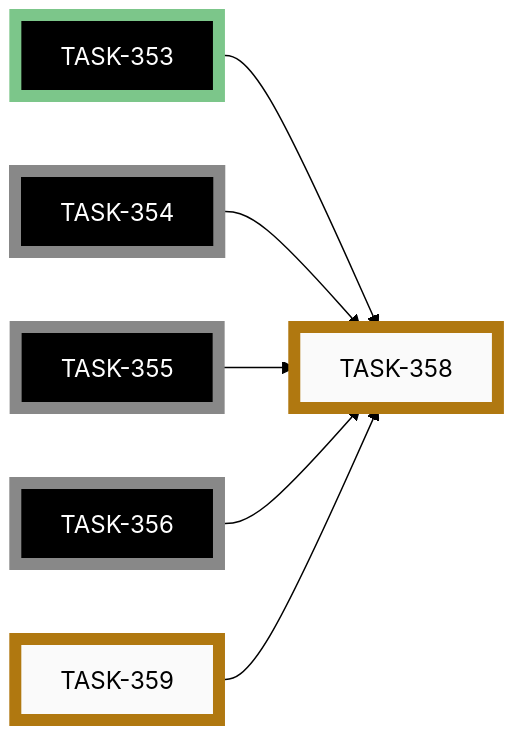
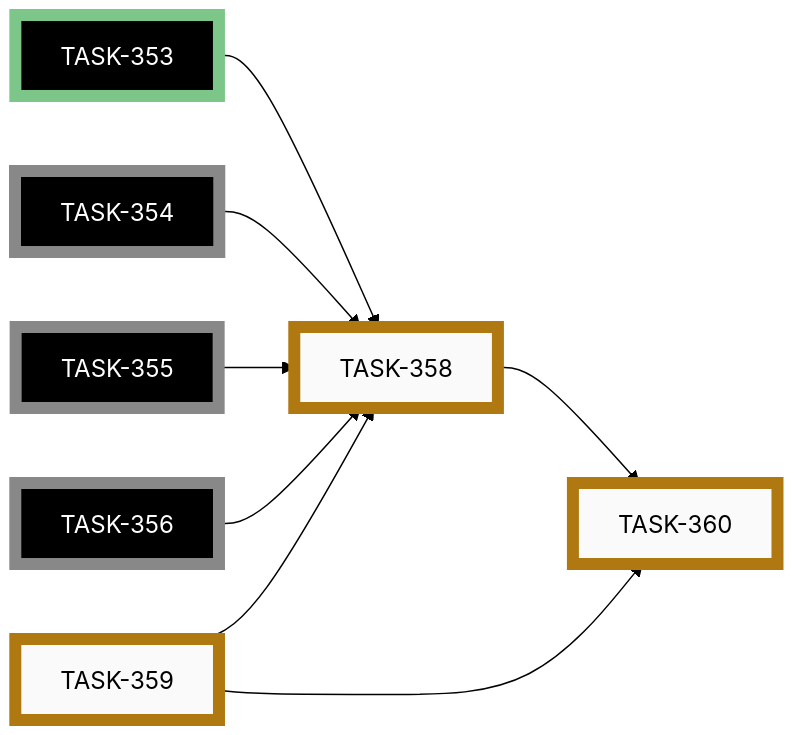
The tenth of 11 diagrams in docs/developers/tasks/EPICS.md (tgd1975/AwesomeStudioPedal), drawn with Mermaid (forest theme) before and after one commit. The commit also changed other lines of this file and 6 other files, not shown here.

First line of the commit message:
docs(EPIC-023/025): clean stale nRF52840 refs in TASK-354/355/356, add TASK-360 parity audit

````diff
--- a/docs/developers/tasks/EPICS.md
+++ b/docs/developers/tasks/EPICS.md
@@ -419,28 +419,32 @@
 ```mermaid
 graph LR
     TASK_358["TASK-358"]:::paused
     TASK_359["TASK-359"]:::paused
+    TASK_360["TASK-360"]:::paused
     TASK_353["TASK-353"]:::closedExt
     TASK_354["TASK-354"]:::openExt
     TASK_355["TASK-355"]:::openExt
     TASK_356["TASK-356"]:::openExt
     TASK_353 --> TASK_358
     TASK_354 --> TASK_358
     TASK_355 --> TASK_358
     TASK_356 --> TASK_358
     TASK_359 --> TASK_358
+    TASK_358 --> TASK_360
+    TASK_359 --> TASK_360
     click TASK_358 "open/task-358-nrf52840-ble-readback-surfaces.md"
     click TASK_359 "open/task-359-remove-nrf5-task-routing-skill.md"
+    click TASK_360 "open/task-360-nrf52840-esp32-parity-audit.md"
     click TASK_353 "closed/task-353-feasibility-firmware-ble-readback-surfaces.md"
     click TASK_354 "open/task-354-firmware-version-read-characteristic.md"
     click TASK_355 "open/task-355-firmware-config-readback.md"
     click TASK_356 "open/task-356-firmware-active-profile-notify.md"
     classDef open    fill:#FAFAFA,stroke:#555,stroke-width:8px,color:#000
     classDef active  fill:#FAFAFA,stroke:#1A6FA8,stroke-width:8px,color:#000
     classDef closed  fill:#FAFAFA,stroke:#3F8B53,stroke-width:8px,color:#000
     classDef paused  fill:#FAFAFA,stroke:#B07810,stroke-width:8px,color:#000
     classDef openExt    fill:#000,stroke:#888,stroke-width:8px,color:#FFF
     classDef activeExt  fill:#000,stroke:#3FA9F5,stroke-width:8px,color:#FFF
     classDef closedExt  fill:#000,stroke:#7CC68A,stroke-width:8px,color:#FFF
     classDef pausedExt  fill:#000,stroke:#F0B030,stroke-width:8px,color:#FFF
 ```
````
